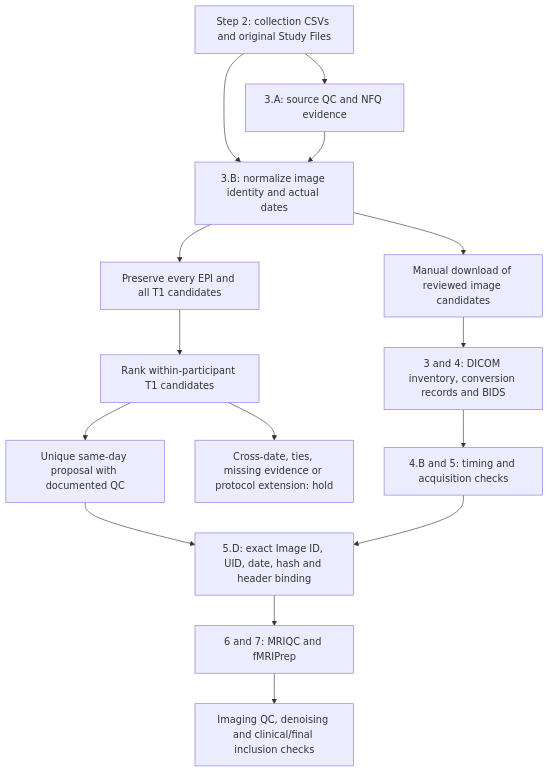
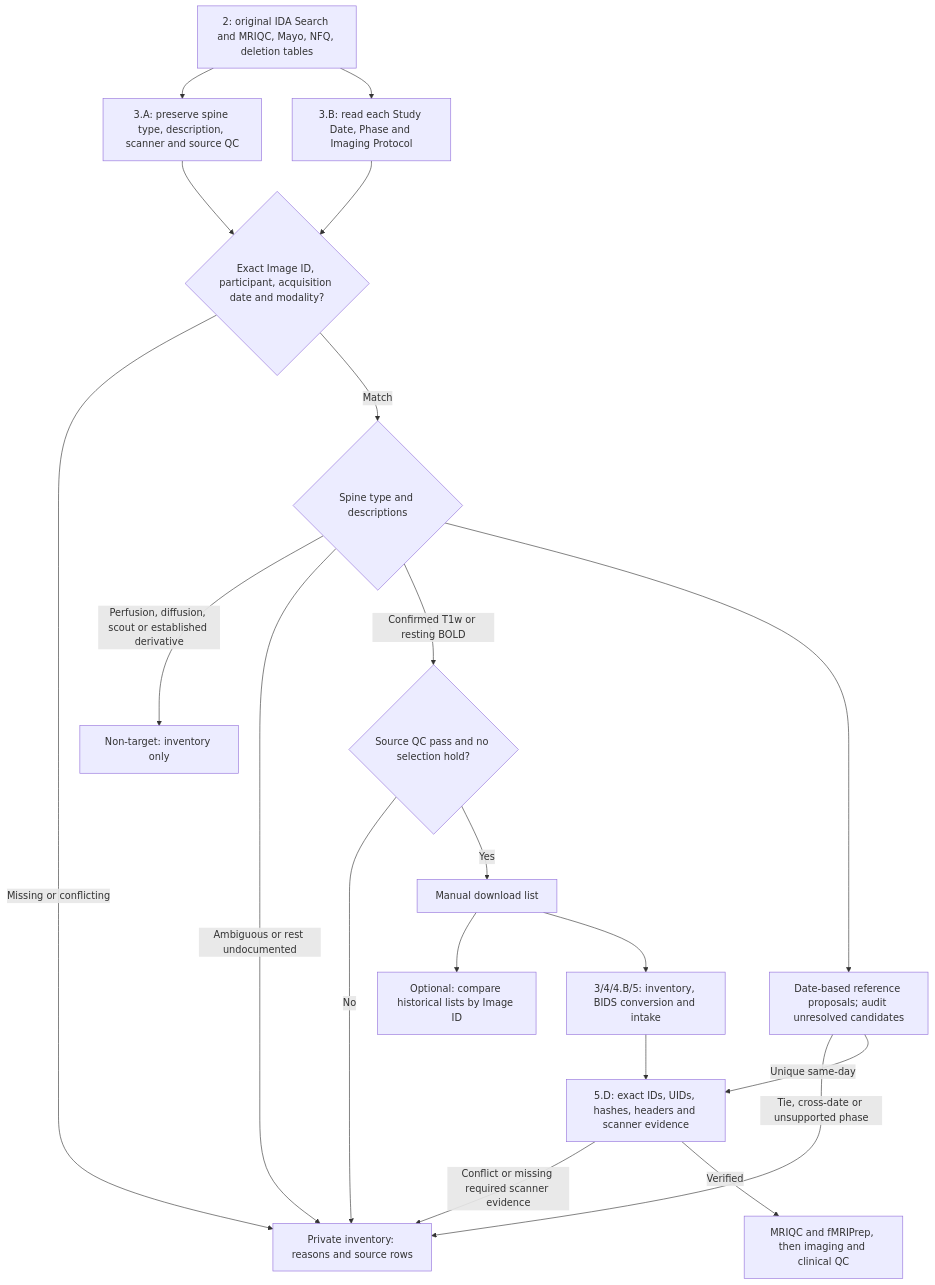
One commit to IDOJI/adni-data-pipeline changed the diagram in RS-fMRI/06_docs/date_based_selection.md. Above: the diagram before and after it, drawn with Mermaid. The commit also changed other lines of this file and 17 other files, not shown here.

Commit message:
Validate mixed IDA search exports before selecting resting BOLD and T1

````diff
--- a/RS-fMRI/06_docs/date_based_selection.md
+++ b/RS-fMRI/06_docs/date_based_selection.md
@@ -9,17 +9,22 @@
 ```mermaid
 flowchart TD
-    A[Step 2: collection CSVs and original Study Files] --> B[3.A: source QC and NFQ evidence]
-    A --> C[3.B: normalize image identity and actual dates]
-    B --> C
-    C --> D[Preserve every EPI and all T1 candidates]
-    D --> E[Rank within-participant T1 candidates]
-    E --> F[Unique same-day proposal with documented QC]
-    E --> G[Cross-date, ties, missing evidence or protocol extension: hold]
-    C --> H[Manual download of reviewed image candidates]
-    H --> I[3 and 4: DICOM inventory, conversion records and BIDS]
-    I --> J[4.B and 5: timing and acquisition checks]
-    F --> K[5.D: exact Image ID, UID, date, hash and header binding]
-    J --> K
-    K --> L[6 and 7: MRIQC and fMRIPrep]
-    L --> M[Imaging QC, denoising and clinical/final inclusion checks]
+    A["2: original IDA Search and MRIQC, Mayo, NFQ, deletion tables"] --> B["3.A: preserve spine type, description, scanner and source QC"]
+    A --> C["3.B: read each Study Date, Phase and Imaging Protocol"]
+    B --> D{"Exact Image ID, participant, acquisition date and modality?"}
+    C --> D
+    D -->|Missing or conflicting| HOLD["Private inventory: reasons and source rows"]
+    D -->|Match| T{"Spine type and descriptions"}
+    T -->|Perfusion, diffusion, scout or established derivative| OUT["Non-target: inventory only"]
+    T -->|Ambiguous or rest undocumented| HOLD
+    T -->|"Confirmed T1w or resting BOLD"| Q{"Source QC pass and no selection hold?"}
+    Q -->|No| HOLD
+    Q -->|Yes| DL["Manual download list"]
+    DL --> CMP["Optional: compare historical lists by Image ID"]
+    DL --> I["3/4/4.B/5: inventory, BIDS conversion and intake"]
+    T --> P["Date-based reference proposals; audit unresolved candidates"]
+    P -->|Tie, cross-date or unsupported phase| HOLD
+    P -->|Unique same-day| K["5.D: exact IDs, UIDs, hashes, headers and scanner evidence"]
+    I --> K
+    K -->|Conflict or missing required scanner evidence| HOLD
+    K -->|Verified| L["MRIQC and fMRIPrep, then imaging and clinical QC"]
 ```
````
